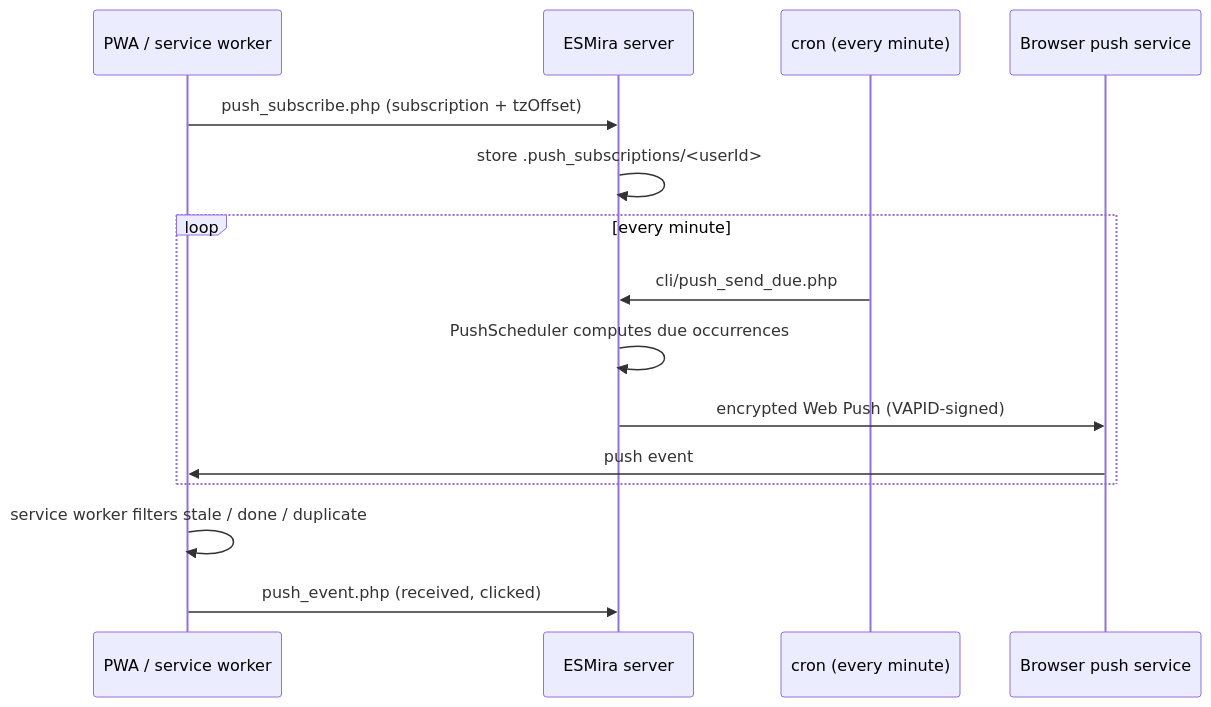
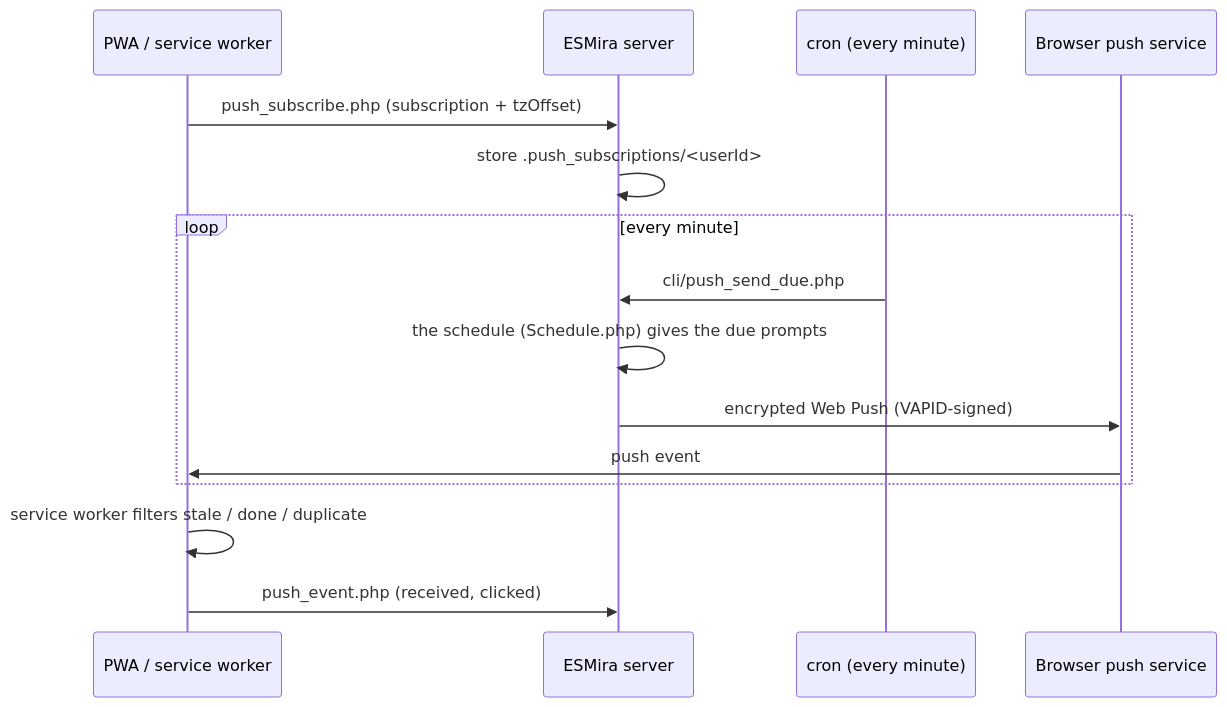
The diagram in website/docs/backend/web-push.md (andreifoldes/iEMAbot), drawn with Mermaid before and after one commit. The commit also changed other lines of this file and 296 other files, not shown here.

````diff
--- a/website/docs/backend/web-push.md
+++ b/website/docs/backend/web-push.md
@@ -14,17 +14,17 @@
 ```mermaid
 sequenceDiagram
   participant P as PWA / service worker
   participant S as ESMira server
   participant C as cron (every minute)
   participant B as Browser push service
   P->>S: push_subscribe.php (subscription + tzOffset)
   S->>S: store .push_subscriptions/<userId>
   loop every minute
     C->>S: cli/push_send_due.php
-    S->>S: PushScheduler computes due occurrences
+    S->>S: the schedule (Schedule.php) gives the due prompts
     S->>B: encrypted Web Push (VAPID-signed)
     B->>P: push event
   end
   P->>P: service worker filters stale / done / duplicate
   P->>S: push_event.php (received, clicked)
 ```
````
